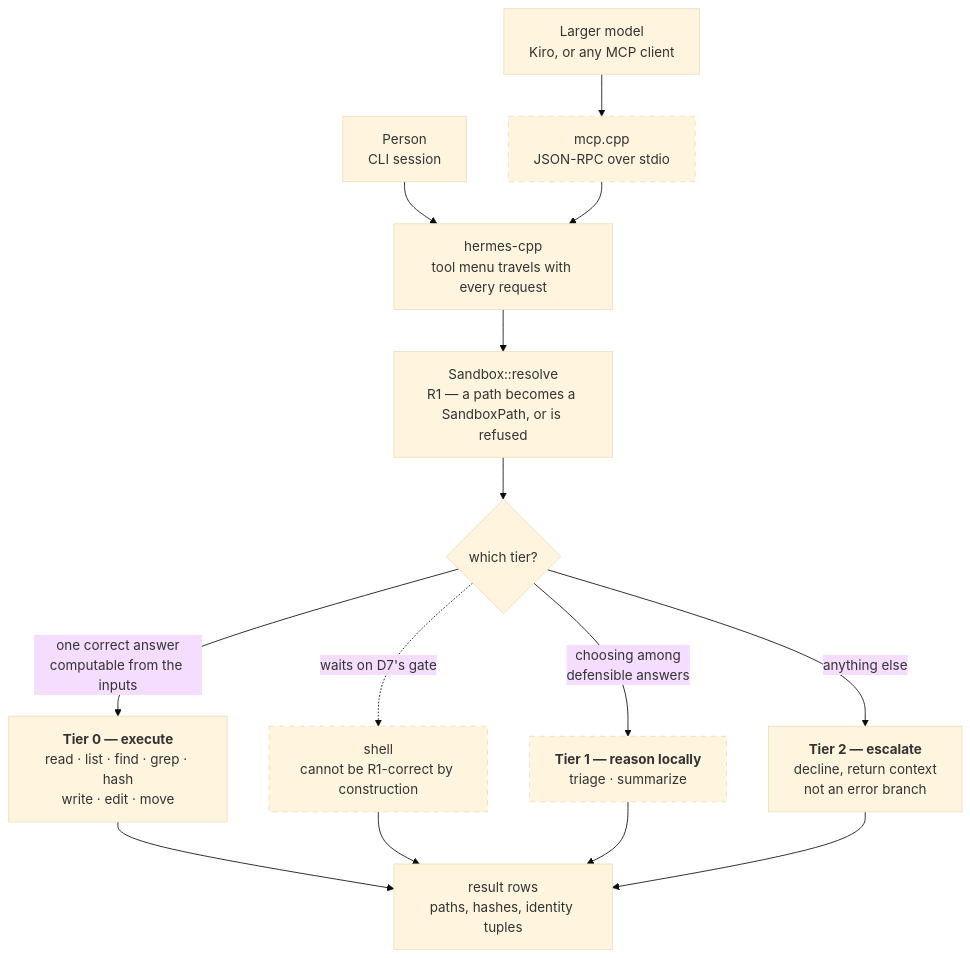
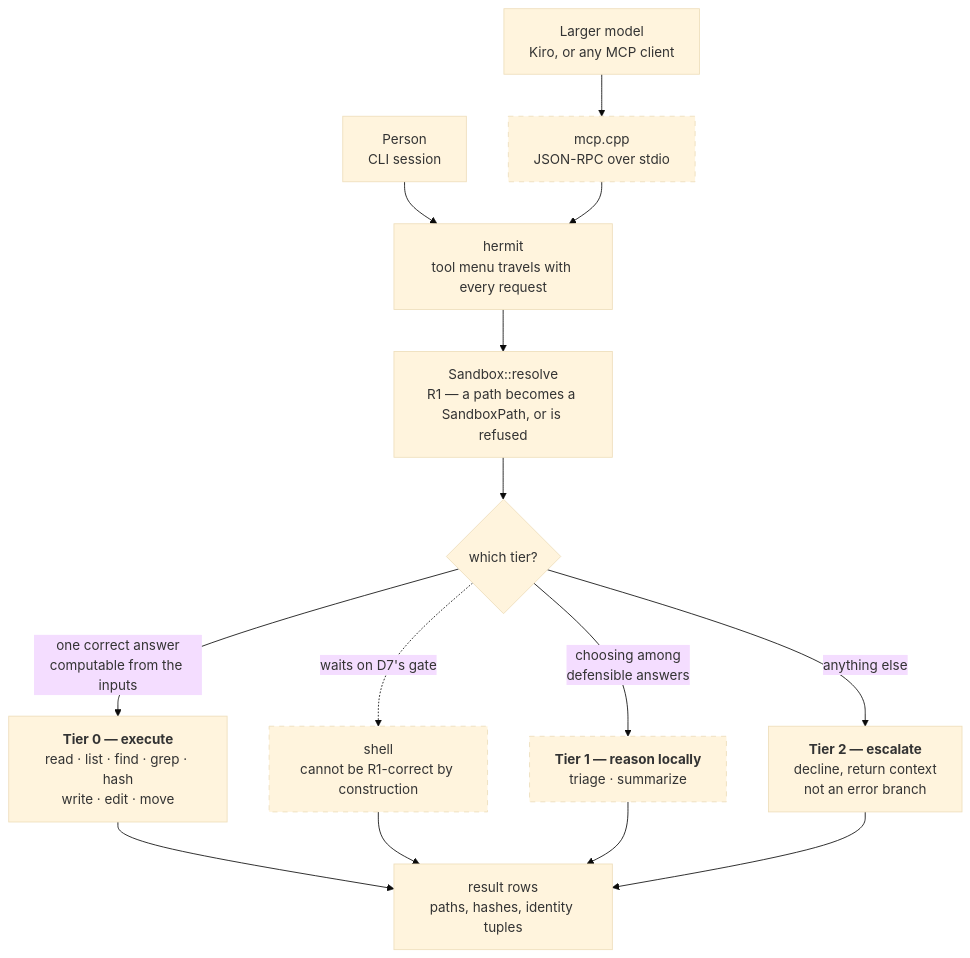
The first of 3 diagrams in FLOW.md (Jeagermeister/Hermes-Cpp), drawn with Mermaid (base theme) before and after one commit. The commit also changed other lines of this file and 132 other files, not shown here.

````diff
--- a/FLOW.md
+++ b/FLOW.md
@@ -26,31 +26,31 @@
 ```mermaid
 flowchart TB
     P["Person<br/>CLI session"]
     K["Larger model<br/>Kiro, or any MCP client"]
     MCP["mcp.cpp<br/>JSON-RPC over stdio"]
-    APP["hermes-cpp<br/>tool menu travels with every request"]
+    APP["hermit<br/>tool menu travels with every request"]
     RES["Sandbox::resolve<br/>R1 — a path becomes a SandboxPath, or is refused"]
     T{"which tier?"}
     T0["<b>Tier 0 — execute</b><br/>read · list · find · grep · hash<br/>write · edit · move"]
     SH["shell<br/>cannot be R1-correct by construction"]
     T1["<b>Tier 1 — reason locally</b><br/>triage · summarize"]
     T2["<b>Tier 2 — escalate</b><br/>decline, return context<br/>not an error branch"]
     OUT["result rows<br/>paths, hashes, identity tuples"]
 
     P --> APP
     K --> MCP
     MCP --> APP
     APP --> RES
     RES --> T
     T -->|"one correct answer<br/>computable from the inputs"| T0
     T -->|"choosing among<br/>defensible answers"| T1
     T -->|"anything else"| T2
     T0 --> OUT
     SH --> OUT
     T1 --> OUT
     T2 --> OUT
     T -.->|"waits on D7's gate"| SH
 
     classDef pending stroke-dasharray:6
     class MCP,SH,T1 pending
 ```
````
